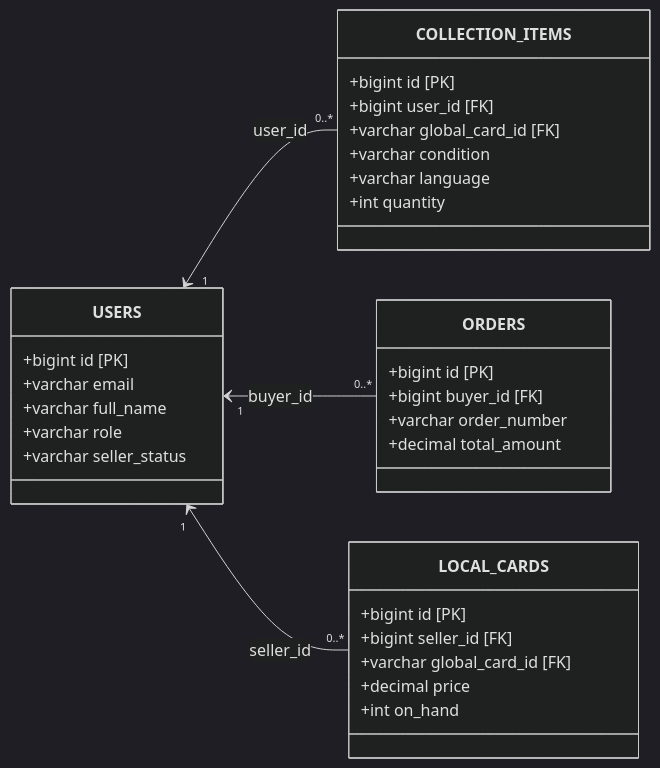
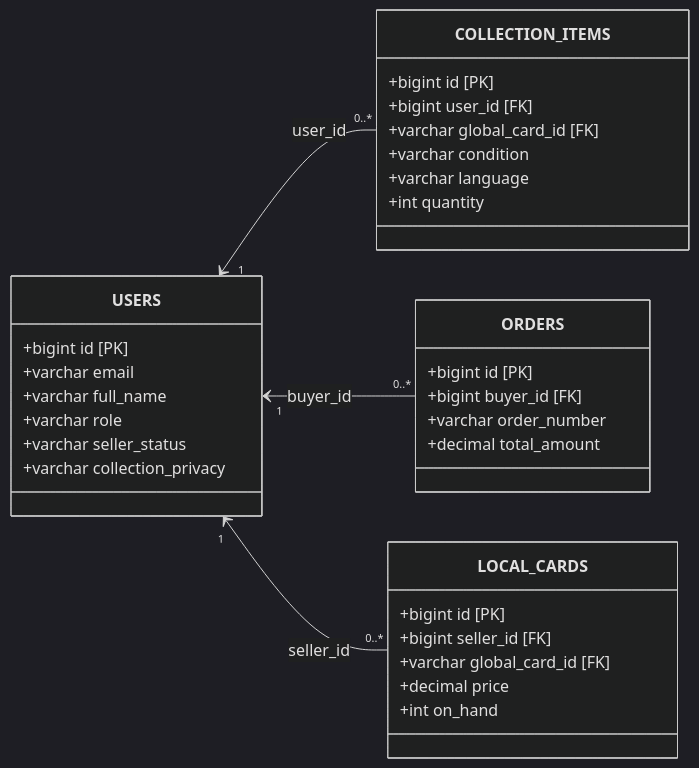
Before and after one commit to MUDST-2026-luntungsadungyong/User-FlowANDFigma-Progress: the second of 2 diagrams in Architecture/DATABASE_DESIGN.md, drawn with Mermaid (dark theme). The commit also changed 1 other file, not shown here.

Commit message:
feat(db): SCRUM-29 add collection_privacy column and update database design

````diff
--- a/Architecture/DATABASE_DESIGN.md
+++ b/Architecture/DATABASE_DESIGN.md
@@ -230,35 +230,36 @@
 ```mermaid
 classDiagram
     direction LR
     class USERS {
         +bigint id [PK]
         +varchar email
         +varchar full_name
         +varchar role
         +varchar seller_status
+        +varchar collection_privacy
     }
     class COLLECTION_ITEMS {
         +bigint id [PK]
         +bigint user_id [FK]
         +varchar global_card_id [FK]
         +varchar condition
         +varchar language
         +int quantity
     }
     class ORDERS {
         +bigint id [PK]
         +bigint buyer_id [FK]
         +varchar order_number
         +decimal total_amount
     }
     class LOCAL_CARDS {
         +bigint id [PK]
         +bigint seller_id [FK]
         +varchar global_card_id [FK]
         +decimal price
         +int on_hand
     }
     USERS "1" <-- "0..*" COLLECTION_ITEMS : user_id
     USERS "1" <-- "0..*" ORDERS : buyer_id
     USERS "1" <-- "0..*" LOCAL_CARDS : seller_id
 ```
````
